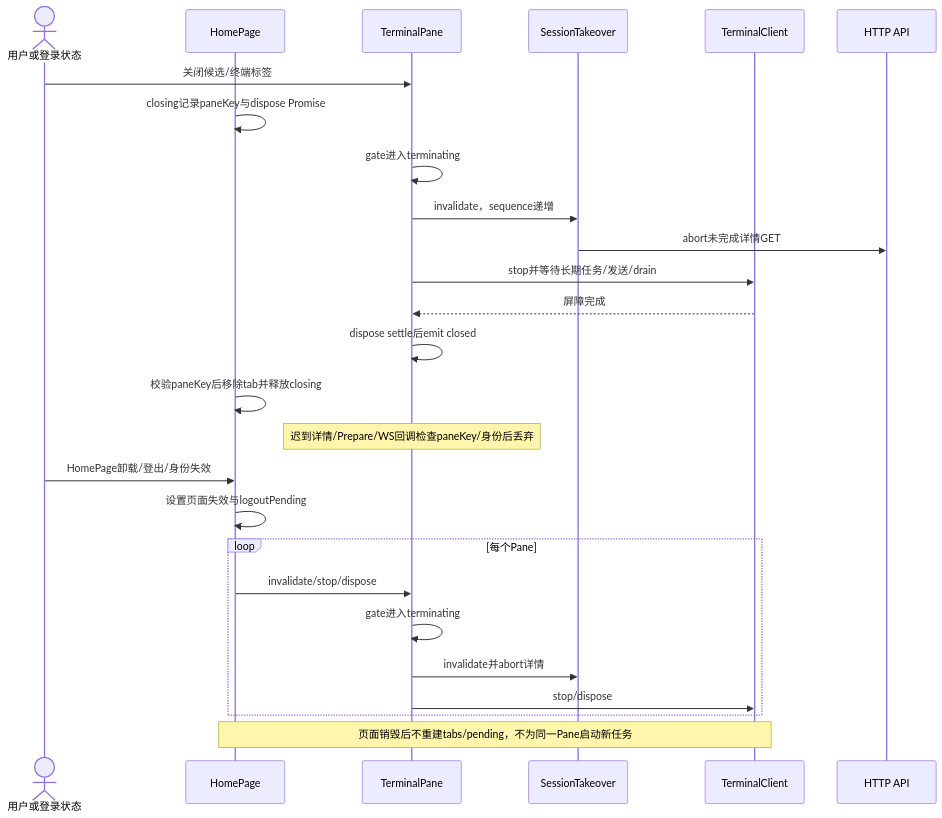
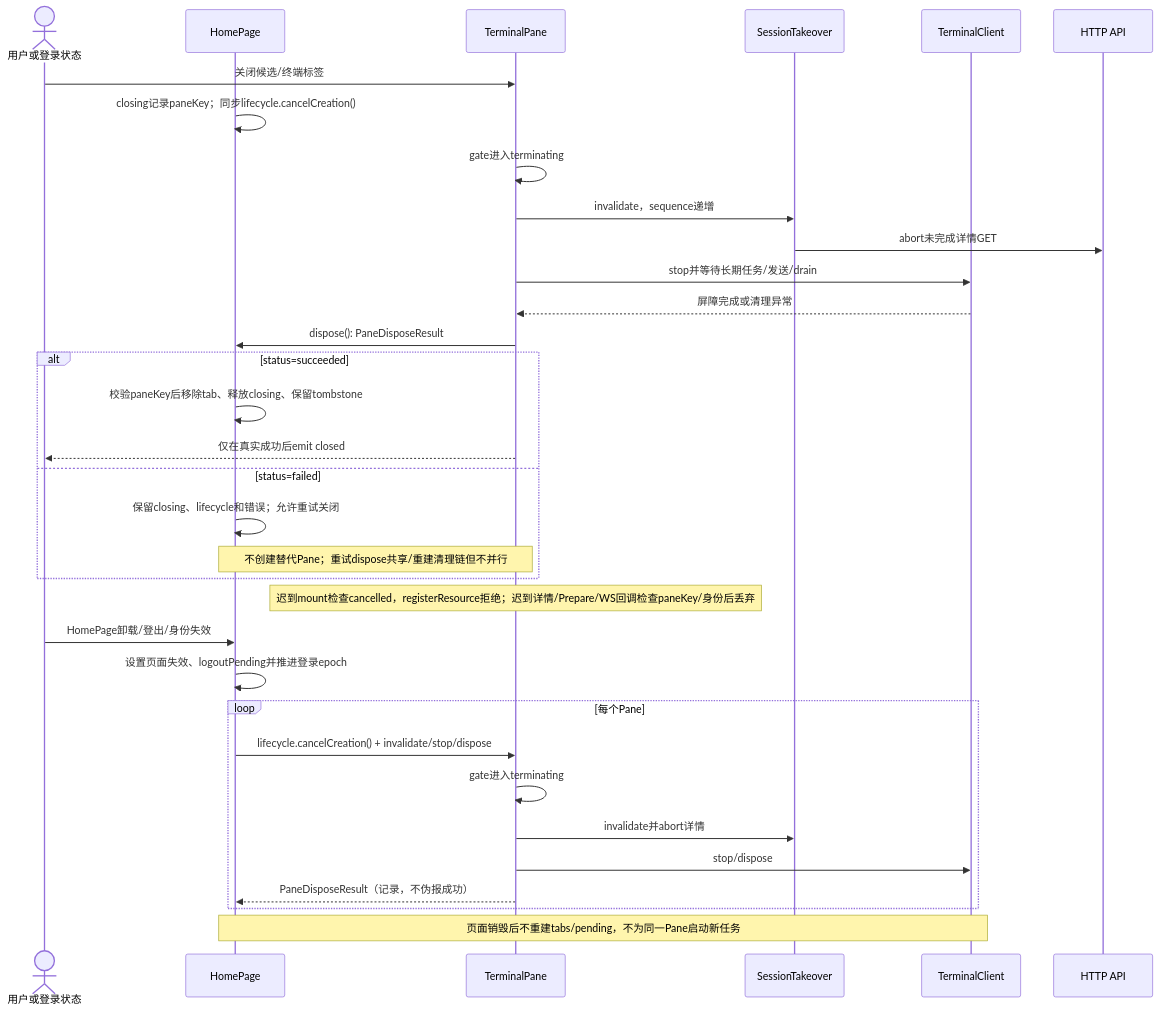
Before and after one commit to stearsc/web-ssh: the eighth of 11 diagrams in doc/stage-5-implementation-plan.md, drawn with Mermaid. The commit also changed other lines of this file and 2 other files, not shown here.

````diff
--- a/doc/stage-5-implementation-plan.md
+++ b/doc/stage-5-implementation-plan.md
@@ -876,28 +974,35 @@
 ```mermaid
 sequenceDiagram
     actor U as 用户或登录状态
     participant H as HomePage
     participant P as TerminalPane
     participant T as SessionTakeover
     participant C as TerminalClient
     participant API as HTTP API
     U->>P: 关闭候选/终端标签
-    H->>H: closing记录paneKey与dispose Promise
+    H->>H: closing记录paneKey；同步lifecycle.cancelCreation()
     P->>P: gate进入terminating
     P->>T: invalidate，sequence递增
     T->>API: abort未完成详情GET
     P->>C: stop并等待长期任务/发送/drain
-    C-->>P: 屏障完成
-    P->>P: dispose settle后emit closed
-    H->>H: 校验paneKey后移除tab并释放closing
-    Note over P: 迟到详情/Prepare/WS回调检查paneKey/身份后丢弃
+    C-->>P: 屏障完成或清理异常
+    P->>H: dispose(): PaneDisposeResult
+    alt status=succeeded
+        H->>H: 校验paneKey后移除tab、释放closing、保留tombstone
+        P-->>U: 仅在真实成功后emit closed
+    else status=failed
+        H->>H: 保留closing、lifecycle和错误；允许重试关闭
+        Note over H,P: 不创建替代Pane；重试dispose共享/重建清理链但不并行
+    end
+    Note over P: 迟到mount检查cancelled，registerResource拒绝；迟到详情/Prepare/WS回调检查paneKey/身份后丢弃
     U->>H: HomePage卸载/登出/身份失效
-    H->>H: 设置页面失效与logoutPending
+    H->>H: 设置页面失效、logoutPending并推进登录epoch
     loop 每个Pane
-        H->>P: invalidate/stop/dispose
+        H->>P: lifecycle.cancelCreation() + invalidate/stop/dispose
         P->>P: gate进入terminating
         P->>T: invalidate并abort详情
         P->>C: stop/dispose
+        P-->>H: PaneDisposeResult（记录，不伪报成功）
     end
     Note over H,C: 页面销毁后不重建tabs/pending，不为同一Pane启动新任务
 ```
````
